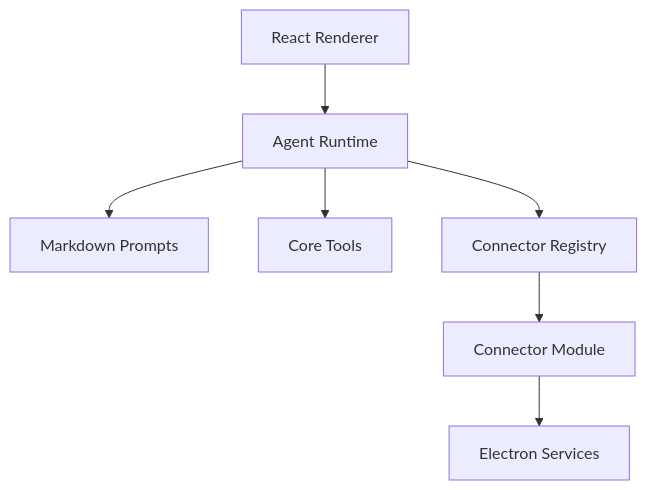
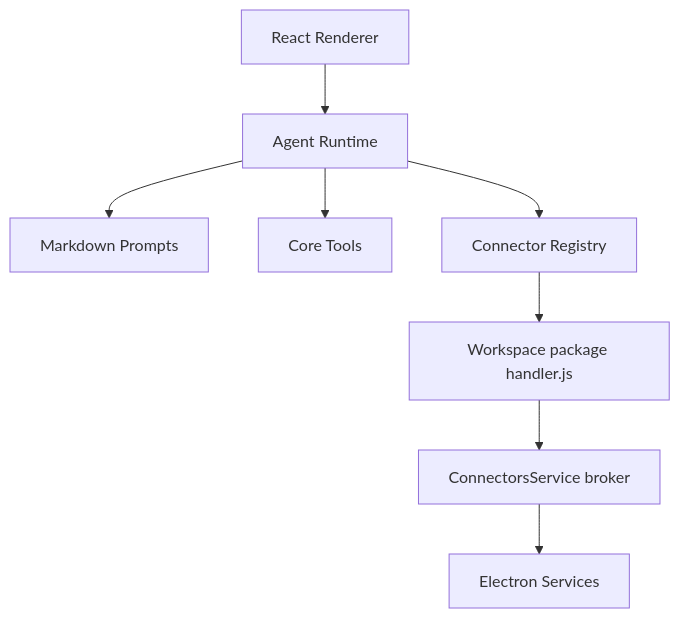
Before and after one commit to Enrifoca/smile: the diagram in docs/architecture.md, drawn with Mermaid. The commit also changed other lines of this file and 113 other files, not shown here.

````diff
--- a/docs/architecture.md
+++ b/docs/architecture.md
@@ -7,9 +7,10 @@
 ```mermaid
 flowchart TD
   renderer["React Renderer"] --> agent["Agent Runtime"]
   agent --> prompts["Markdown Prompts"]
   agent --> coreTools["Core Tools"]
   agent --> connectors["Connector Registry"]
-  connectors --> connectorModule["Connector Module"]
-  connectorModule --> electron["Electron Services"]
+  connectors --> plugin["Workspace package handler.js"]
+  plugin --> broker["ConnectorsService broker"]
+  broker --> electron["Electron Services"]
 ```
````
